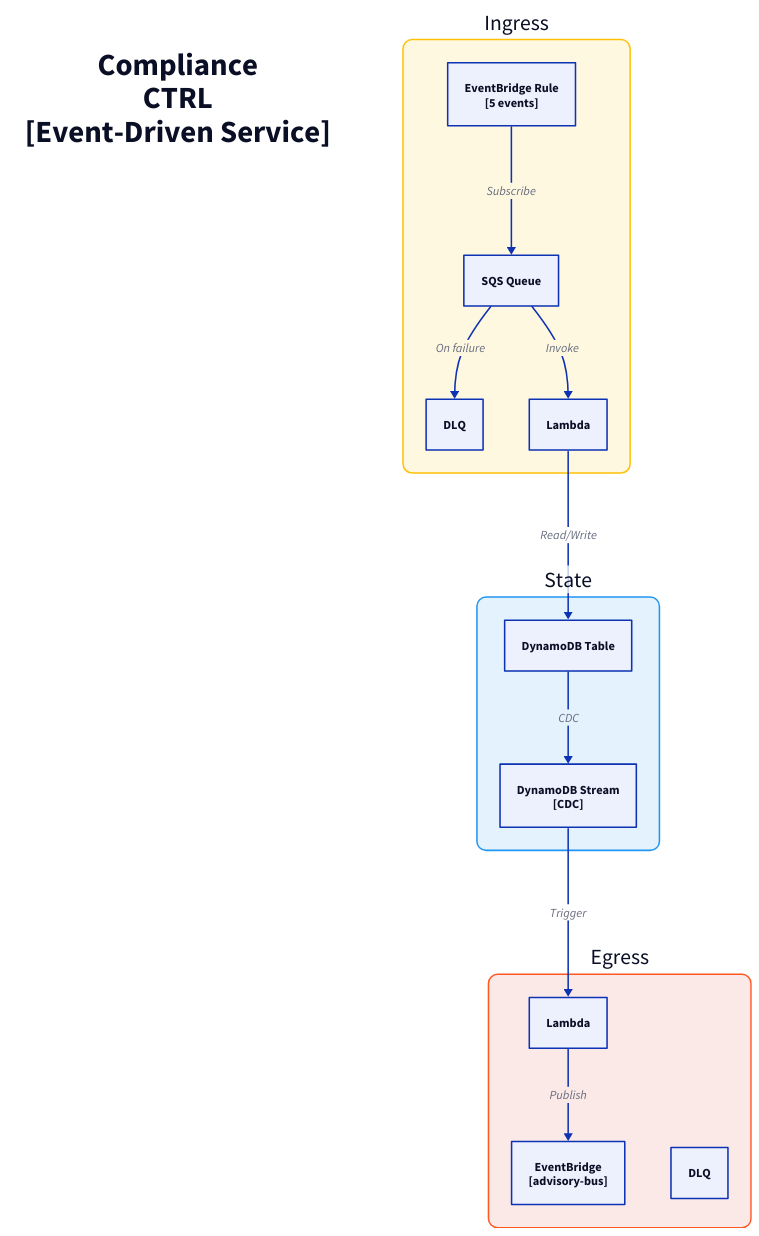
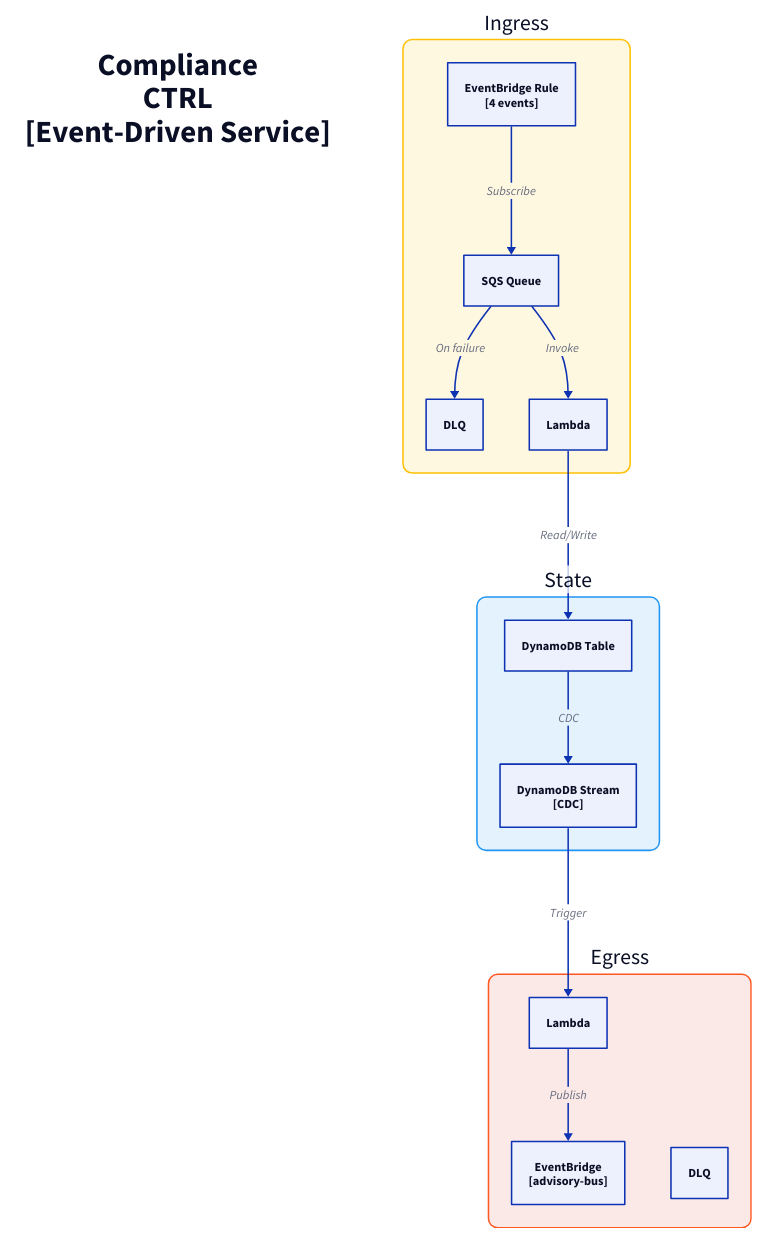
The diagram in docs/architecture/c3/compliance-ctrl.d2 (fabio-vitali/nestfolio), drawn with D2 before and after one commit. The commit also changed 21 other files, not shown here.

First line of the commit message:
docs: regen flow markdown + C4 diagrams for InvestorProfile collapse

```diff
--- a/docs/architecture/c3/compliance-ctrl.d2
+++ b/docs/architecture/c3/compliance-ctrl.d2
@@ -1,37 +1,37 @@
 direction: down
 
 title: "Compliance\nCTRL\n[Event-Driven Service]" {
   style: { font-size: 40; bold: true; fill: transparent; stroke: transparent }
 }
 
 ingress: "Ingress" {
   style: { fill: "#FFF8E1"; stroke: "#FFC107"; border-radius: 12; font-size: 28 }
-  rule: "EventBridge Rule\n[5 events]" { class: aws-eventbridge }
+  rule: "EventBridge Rule\n[4 events]" { class: aws-eventbridge }
   sqs: "SQS Queue" { class: aws-sqs }
   dlq: "DLQ" { class: aws-dlq }
   handler: "Lambda" { class: aws-lambda }
 
   rule -> sqs: Subscribe
   sqs -> handler: Invoke
   sqs -> dlq: On failure
 }
 
 state: "State" {
   style: { fill: "#E3F2FD"; stroke: "#2196F3"; border-radius: 12; font-size: 28 }
   table: "DynamoDB Table" { class: aws-dynamodb }
   stream: "DynamoDB Stream\n[CDC]" { class: aws-ddb-stream }
   table -> stream: CDC
 }
 
 egress: "Egress" {
   style: { fill: "#FBE9E7"; stroke: "#FF5722"; border-radius: 12; font-size: 28 }
   processor: "Lambda" { class: aws-lambda }
   bus: "EventBridge\n[advisory-bus]" { class: aws-eventbridge }
   dlq: "DLQ" { class: aws-dlq }
 
   processor -> bus: Publish
 }
 
 # Flows
 ingress.handler -> state.table: Read/Write
 state.stream -> egress.processor: Trigger
```
